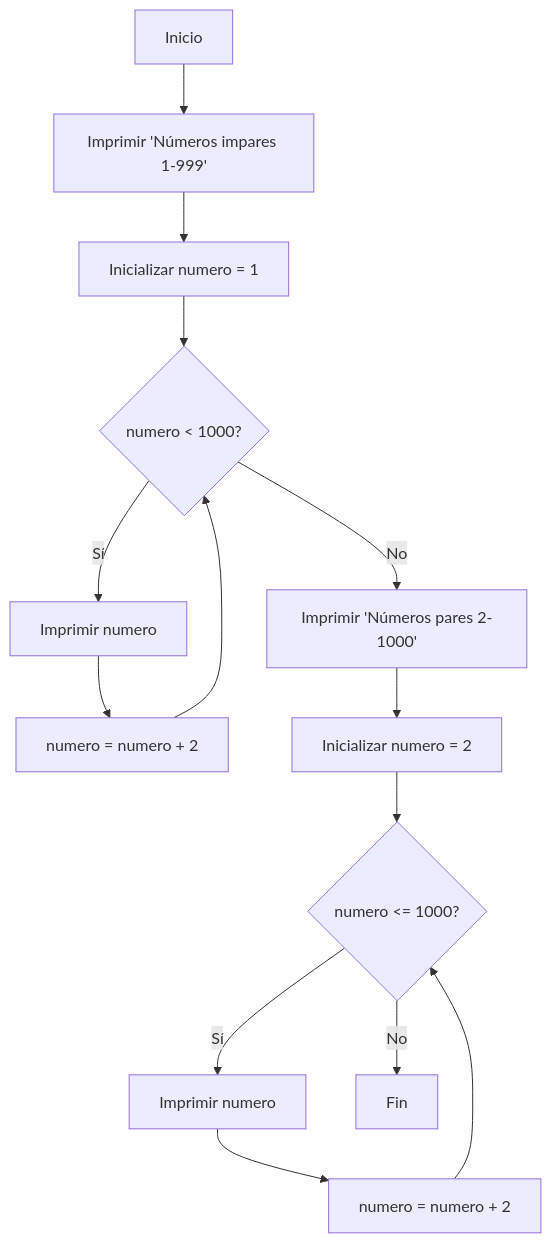
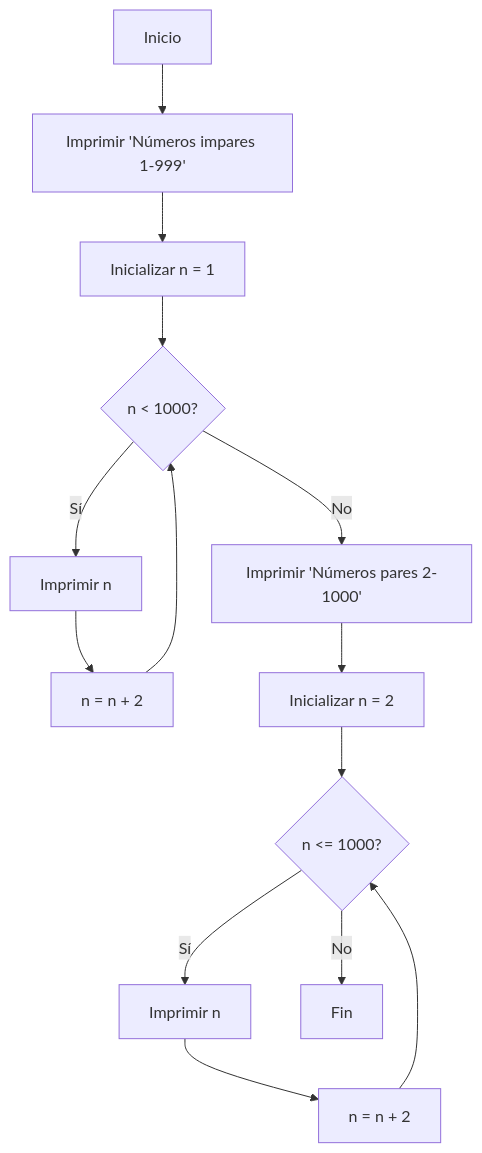
The second of 3 diagrams in README.md (dsgelvez/Reto_06), drawn with Mermaid before and after one commit. The commit also changed other lines of this file, not shown here.

Commit message:
README.md

````diff
--- a/README.md
+++ b/README.md
@@ -25,16 +25,16 @@
 ```mermaid
 flowchart TD
     A[Inicio] --> B["Imprimir 'Números impares 1-999'"]
-    B --> C[Inicializar numero = 1]
-    C --> D{"numero < 1000?"}
-    D -->|Sí| E[Imprimir numero]
-    E --> F[numero = numero + 2]
+    B --> C[Inicializar n = 1]
+    C --> D{"n < 1000?"}
+    D -->|Sí| E[Imprimir n]
+    E --> F[n = n + 2]
     F --> D
     D -->|No| G["Imprimir 'Números pares 2-1000'"]
-    G --> H[Inicializar numero = 2]
-    H --> I{"numero <= 1000?"}
-    I -->|Sí| J[Imprimir numero]
-    J --> K[numero = numero + 2]
+    G --> H[Inicializar n = 2]
+    H --> I{"n <= 1000?"}
+    I -->|Sí| J[Imprimir n]
+    J --> K[n = n + 2]
     K --> I
     I -->|No| L[Fin]
 ```
````
